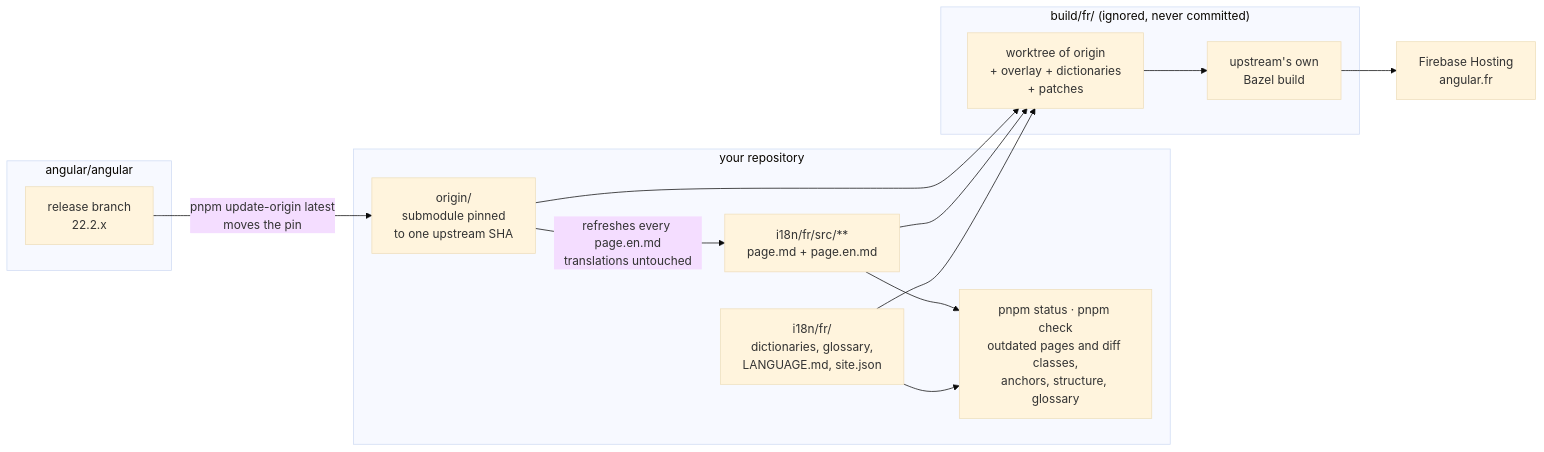
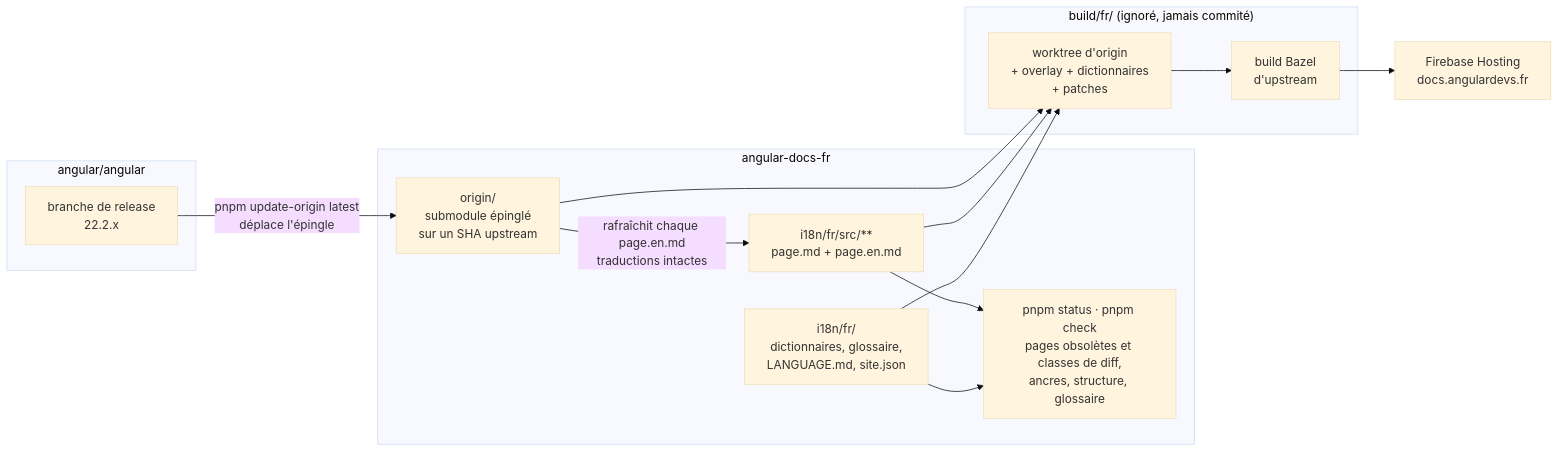
The diagram in README.md (angular-devs-france/angular-docs-fr), drawn with Mermaid (base theme) before and after one commit. The commit also changed other lines of this file, not shown here.

First line of the commit message:
docs: rewrite the README for angular-docs-fr, in French

````diff
--- a/README.md
+++ b/README.md
@@ -18,25 +52,25 @@
 ```mermaid
 flowchart LR
   subgraph upstream["angular/angular"]
-    rel["release branch<br/>22.2.x"]
+    rel["branche de release<br/>22.2.x"]
   end
-  subgraph repo["your repository"]
-    origin["origin/<br/>submodule pinned<br/>to one upstream SHA"]
+  subgraph repo["angular-docs-fr"]
+    origin["origin/<br/>submodule épinglé<br/>sur un SHA upstream"]
     i18n["i18n/fr/src/**<br/>page.md + page.en.md"]
-    dict["i18n/fr/<br/>dictionaries, glossary,<br/>LANGUAGE.md, site.json"]
-    status["pnpm status · pnpm check<br/>outdated pages and diff classes,<br/>anchors, structure, glossary"]
+    dict["i18n/fr/<br/>dictionnaires, glossaire,<br/>LANGUAGE.md, site.json"]
+    status["pnpm status · pnpm check<br/>pages obsolètes et classes de diff,<br/>ancres, structure, glossaire"]
   end
-  subgraph build["build/fr/ (ignored, never committed)"]
-    wt["worktree of origin<br/>+ overlay + dictionaries<br/>+ patches"]
-    bazel["upstream's own<br/>Bazel build"]
+  subgraph build["build/fr/ (ignoré, jamais commité)"]
+    wt["worktree d'origin<br/>+ overlay + dictionnaires<br/>+ patches"]
+    bazel["build Bazel<br/>d'upstream"]
   end
-  site["Firebase Hosting<br/>angular.fr"]
-  rel -- "pnpm update-origin latest<br/>moves the pin" --> origin
-  origin -- "refreshes every page.en.md<br/>translations untouched" --> i18n
+  site["Firebase Hosting<br/>docs.angulardevs.fr"]
+  rel -- "pnpm update-origin latest<br/>déplace l'épingle" --> origin
+  origin -- "rafraîchit chaque page.en.md<br/>traductions intactes" --> i18n
   i18n --> status
   dict --> status
   origin --> wt
   i18n --> wt
   dict --> wt
   wt --> bazel --> site
 ```
````
